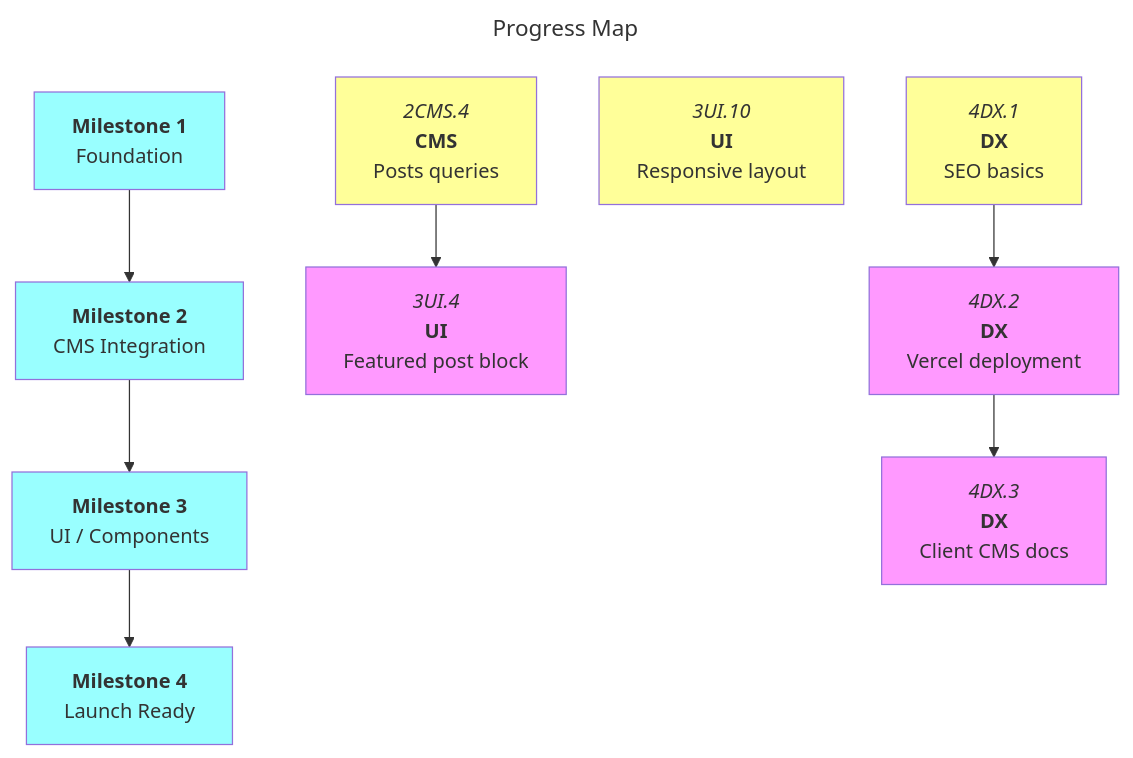
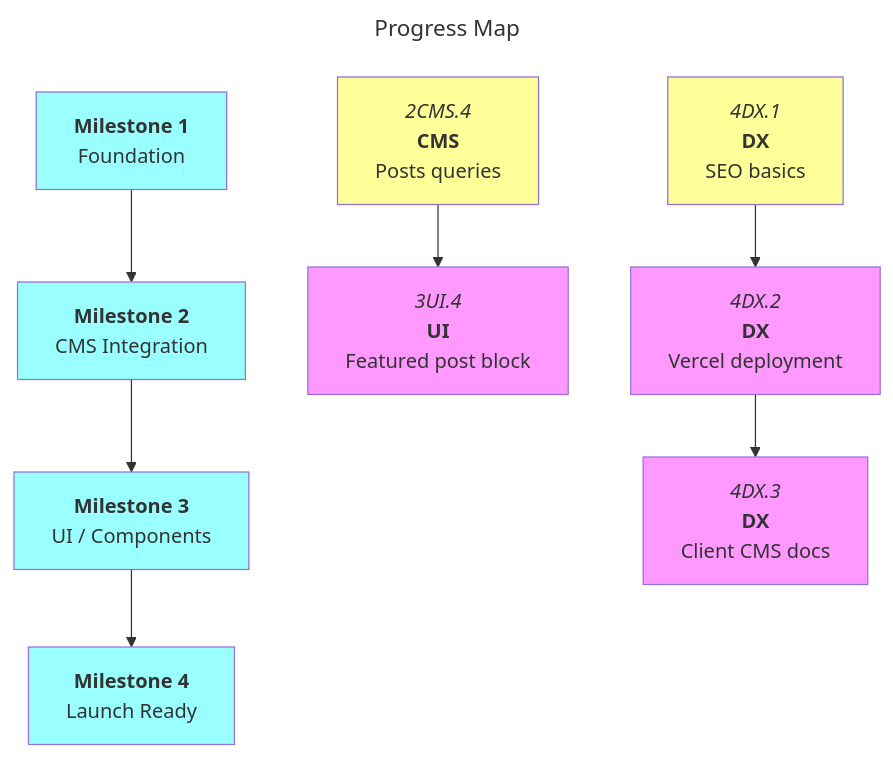
The diagram in docs/roadmaps/mvp.md (Oggie112/C58), drawn with Mermaid before and after one commit. The commit also changed other lines of this file and 2 other files, not shown here.

````diff
--- a/docs/roadmaps/mvp.md
+++ b/docs/roadmaps/mvp.md
@@ -137,31 +137,30 @@
 ```mermaid
 ---
 title: Progress Map
 ---
 graph TD
 
 m1["`**Milestone 1**<br/>Foundation`"]:::mile
 m2["`**Milestone 2**<br/>CMS Integration`"]:::mile
 m3["`**Milestone 3**<br/>UI / Components`"]:::mile
 m4["`**Milestone 4**<br/>Launch Ready`"]:::mile
 
 m1 --> m2 --> m3 --> m4
 
 2CMS.4["`*2CMS.4*<br/>**CMS**<br/>Posts queries`"]:::open
 
 3UI.4["`*3UI.4*<br/>**UI**<br/>Featured post block`"]
-3UI.10["`*3UI.10*<br/>**UI**<br/>Responsive layout`"]:::open
 
 4DX.1["`*4DX.1*<br/>**DX**<br/>SEO basics`"]:::open
 4DX.2["`*4DX.2*<br/>**DX**<br/>Vercel deployment`"]
 4DX.3["`*4DX.3*<br/>**DX**<br/>Client CMS docs`"]
 
 2CMS.4 --> 3UI.4
 
 4DX.1 --> 4DX.2
 4DX.2 --> 4DX.3
 
 classDef default fill:#f9f
 classDef open fill:#ff9
 classDef mile fill:#9ff
 ```
````
